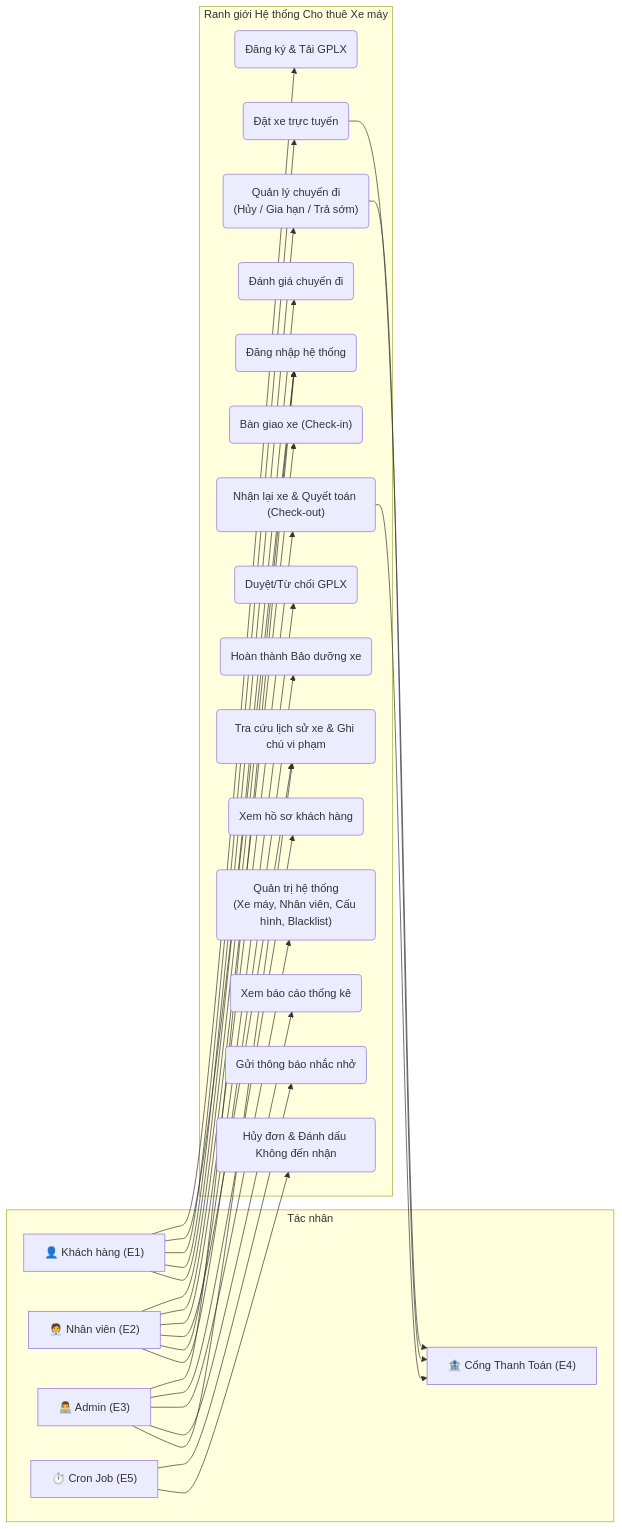
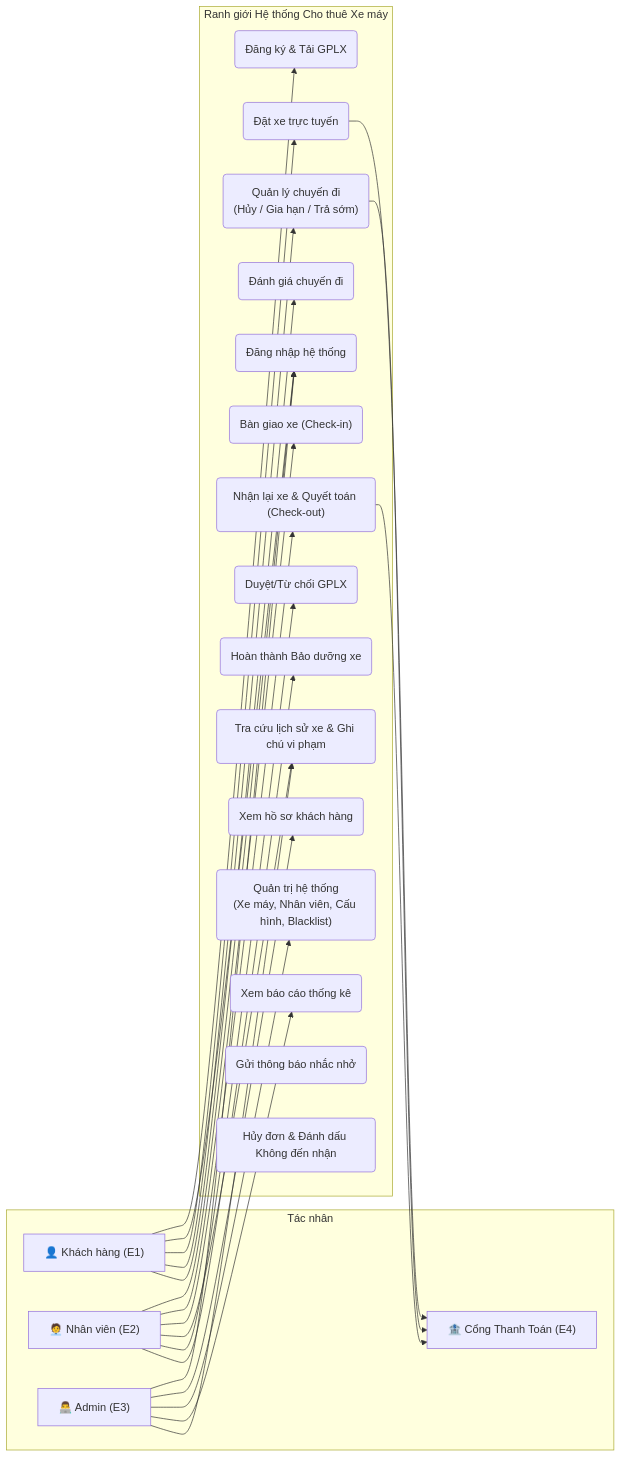
The first of 3 diagrams in docs/use-case-diagrams.md (Vqd2k6/SAD-UTH), drawn with Mermaid before and after one commit. The commit also changed other lines of this file and 8 other files, not shown here.

````diff
--- a/docs/use-case-diagrams.md
+++ b/docs/use-case-diagrams.md
@@ -25,70 +24,66 @@
 ```mermaid
 graph LR
     %% Actors
     subgraph Actors [Tác nhân]
         E1["👤 Khách hàng (E1)"]
         E2["🧑‍💼 Nhân viên (E2)"]
         E3["👨‍💻 Admin (E3)"]
         E4["🏦 Cổng Thanh Toán (E4)"]
-        E5["⏱️ Cron Job (E5)"]
     end
 
     %% System Boundary
     subgraph System [Ranh giới Hệ thống Cho thuê Xe máy]
         %% Common
         UC_Auth("Đăng nhập hệ thống")
 
         %% Customer Core
         UC_Reg("Đăng ký & Tải GPLX")
         UC_Book("Đặt xe trực tuyến")
-        UC_TripMgmt("Quản lý chuyến đi<br>(Hủy / Gia hạn / Trả sớm)")
+        UC_TripMgmt("Quản lý chuyến đi<br/>(Hủy / Gia hạn / Trả sớm)")
         UC_Rate("Đánh giá chuyến đi")
 
         %% Staff Core
         UC_Checkin("Bàn giao xe (Check-in)")
         UC_Checkout("Nhận lại xe & Quyết toán (Check-out)")
         UC_History("Tra cứu lịch sử xe & Ghi chú vi phạm")
         UC_ApproveGPLX("Duyệt/Từ chối GPLX")
         UC_Maintenance("Hoàn thành Bảo dưỡng xe")
 
         %% Admin Core
         UC_ReviewCustomer("Xem hồ sơ khách hàng")
-        UC_SysAdmin("Quản trị hệ thống<br>(Xe máy, Nhân viên, Cấu hình, Blacklist)")
+        UC_SysAdmin("Quản trị hệ thống<br/>(Xe máy, Nhân viên, Cấu hình, Blacklist)")
         UC_Report("Xem báo cáo thống kê")
         
         %% Auto Core
         UC_Remind("Gửi thông báo nhắc nhở")
         UC_CancelAuto("Hủy đơn & Đánh dấu Không đến nhận")
     end
 
     %% Relationships - Customer
     E1 --> UC_Reg
     E1 --> UC_Auth
     E1 --> UC_Book
     E1 --> UC_TripMgmt
     E1 --> UC_Rate
 
     %% Relationships - Staff
     E2 --> UC_Auth
     E2 --> UC_Checkin
     E2 --> UC_Checkout
     E2 --> UC_History
     E2 --> UC_ApproveGPLX
     E2 --> UC_Maintenance
 
     %% Relationships - Admin
     E3 --> UC_Auth
     E3 --> UC_ReviewCustomer
     E3 --> UC_SysAdmin
     E3 --> UC_Report
     E3 --> UC_History
 
-    %% Relationships - Cron
-    E5 --> UC_Remind
-    E5 --> UC_CancelAuto
 
     %% Supporting Connections
     UC_Book --> E4
     UC_TripMgmt --> E4
     UC_Checkout --> E4
 ```
````
